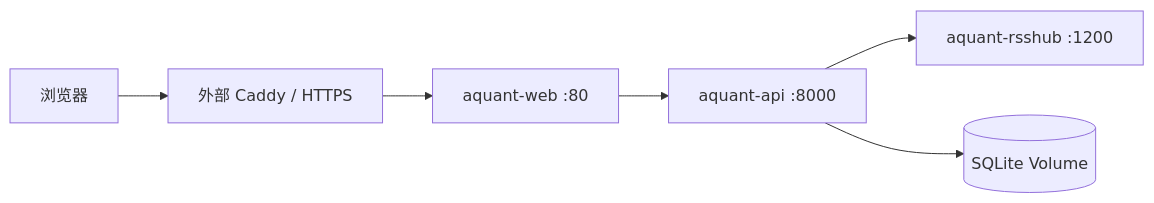
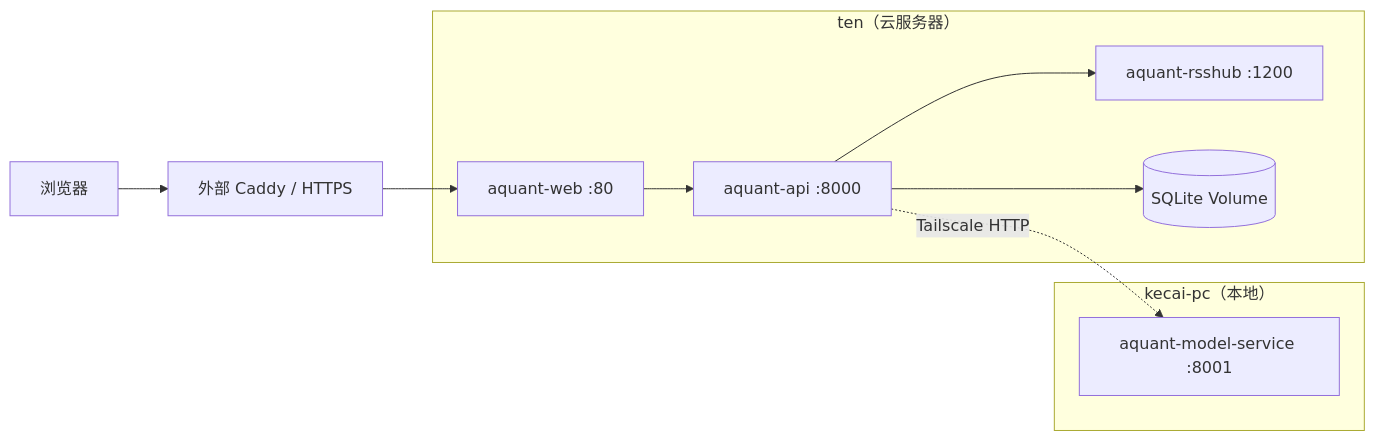
The second of 3 diagrams in docs/SYSTEM_ARCHITECTURE.md (liukecai/AStock), drawn with Mermaid before and after one commit. The commit also changed other lines of this file, not shown here.

First line of the commit message:
docs: update SYSTEM_ARCHITECTURE to V1.4 - dual-machine deployment with model-service on kecai-pc

````diff
--- a/docs/SYSTEM_ARCHITECTURE.md
+++ b/docs/SYSTEM_ARCHITECTURE.md
@@ -115,8 +132,21 @@
 ```mermaid
 flowchart LR
     User["浏览器"] --> Proxy["外部 Caddy / HTTPS"]
     Proxy --> Web["aquant-web :80"]
     Web --> API["aquant-api :8000"]
     API --> RSSHub["aquant-rsshub :1200"]
     API --> DB[("SQLite Volume")]
+
+    subgraph ten["ten（云服务器）"]
+        Web
+        API
+        RSSHub
+        DB
+    end
+
+    subgraph kecai_pc["kecai-pc（本地）"]
+        MS["aquant-model-service :8001"]
+    end
+
+    API -. Tailscale HTTP .-> MS
 ```
````
